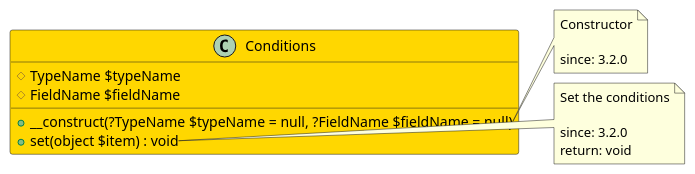
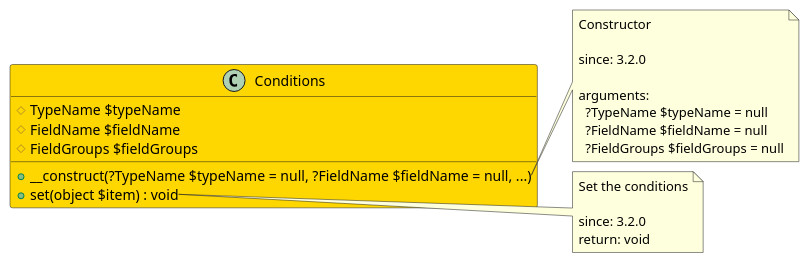
Before and after one commit to joomengine/jcb-compiler: the diagram in src/55e61314-ba10-4e2b-92dd-b44adebabce9/README.md, drawn with PlantUML. The commit also changed 725 other files, not shown here.

````diff
--- a/src/55e61314-ba10-4e2b-92dd-b44adebabce9/README.md
+++ b/src/55e61314-ba10-4e2b-92dd-b44adebabce9/README.md
@@ -11,24 +11,30 @@
 ```uml
 @startuml
 class Conditions  #Gold {
   # TypeName $typeName
   # FieldName $fieldName
-  + __construct(?TypeName $typeName = null, ?FieldName $fieldName = null)
+  # FieldGroups $fieldGroups
+  + __construct(?TypeName $typeName = null, ?FieldName $fieldName = null, ...)
   + set(object $item) : void
 }
 
 note right of Conditions::__construct
   Constructor
 
   since: 3.2.0
+  
+  arguments:
+    ?TypeName $typeName = null
+    ?FieldName $fieldName = null
+    ?FieldGroups $fieldGroups = null
 end note
 
 note right of Conditions::set
   Set the conditions
 
   since: 3.2.0
   return: void
 end note
  
 @enduml
 ```
````
